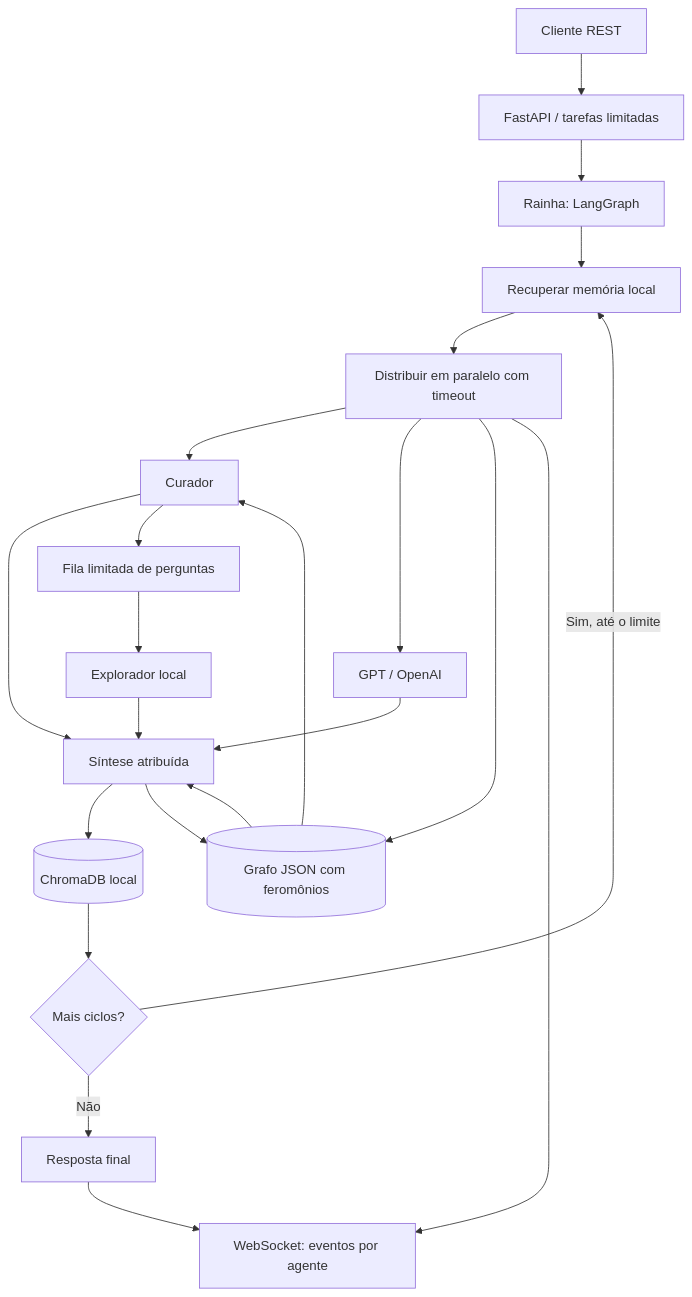
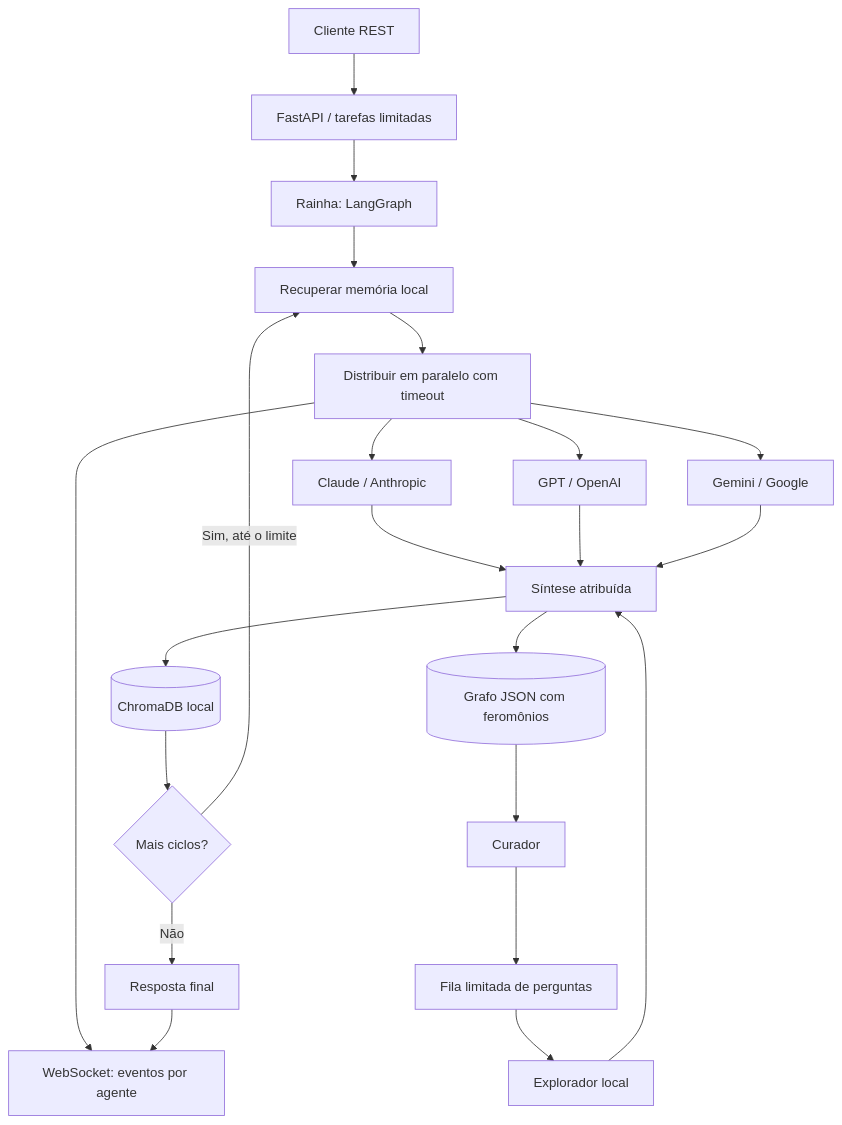
Before and after one commit to rh4y279jh7-hue/please-review-my-code-with-a: the diagram in README.md, drawn with Mermaid. The commit also changed 6 other files, not shown here.

````diff
--- a/README.md
+++ b/README.md
@@ -15,24 +15,24 @@
 ```mermaid
 flowchart TD
     U[Cliente REST] --> API[FastAPI / tarefas limitadas]
     API --> Q[Rainha: LangGraph]
     Q --> R[Recuperar memória local]
     R --> D[Distribuir em paralelo com timeout]
     D --> C[Claude / Anthropic]
     D --> O[GPT / OpenAI]
     D --> G[Gemini / Google]
     C --> S[Síntese atribuída]
     O --> S
     G --> S
     S --> M[(ChromaDB local)]
     M --> F{Mais ciclos?}
     F -->|Sim, até o limite| R
     F -->|Não| A[Resposta final]
     D --> W[WebSocket: eventos por agente]
     A --> W
     E[Explorador local] --> S
-    S --> G[(Grafo JSON com feromônios)]
-    G --> C[Curador]
-    C --> QF[Fila limitada de perguntas]
+    S --> KG[(Grafo JSON com feromônios)]
+    KG --> CU[Curador]
+    CU --> QF[Fila limitada de perguntas]
     QF --> E
 ```
````
